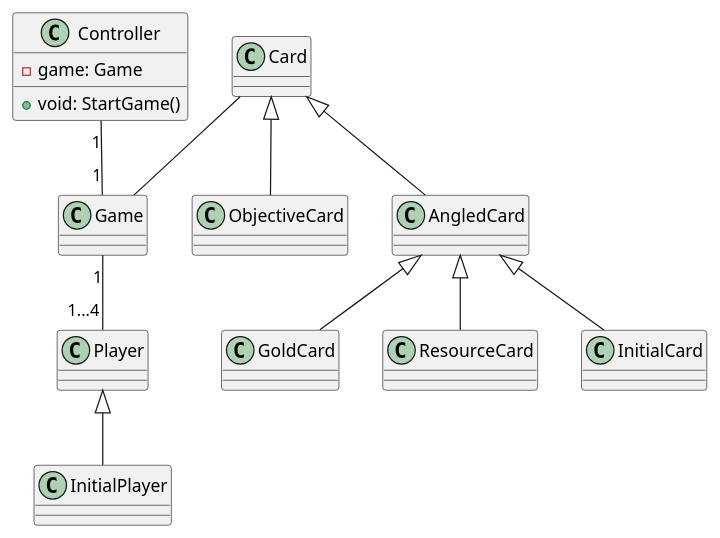
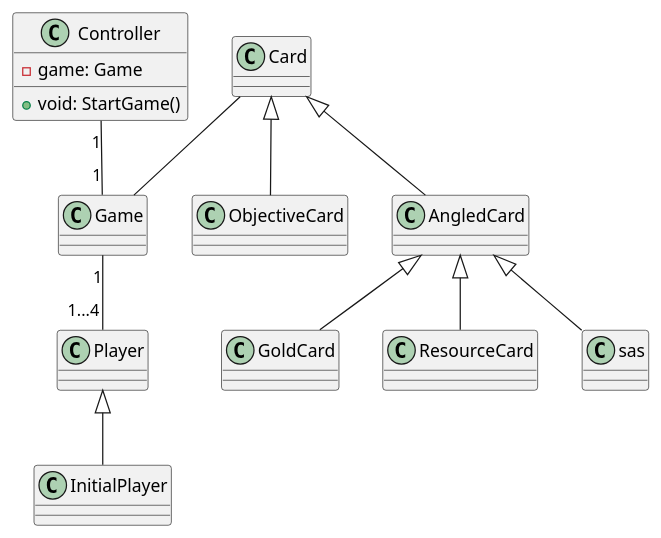
One commit to LucaPozzato/ing-sw-2024-pozzato-puccia-romano-saso changed the diagram in UML/uml.pu. Above: the diagram before and after it, drawn with PlantUML.

Commit message:
Fixed uml name

```diff
--- a/UML/uml.pu
+++ b/UML/uml.pu
@@ -1,47 +1,47 @@
 @startuml
 
 
 class Controller {
 
 'attributi
 - game: Game
 
 'metodi
 + void: StartGame()
 
 
 }
 
 class Game {
 
 }
 
 class Player {
 
 }
 class InitialPlayer extends Player {
 
 }
 
 class Card {
 
 }
 
 class ObjectiveCard extends Card {
 
 }
 
 class AngledCard extends Card {
 
 }
 
 class GoldCard extends AngledCard {}
 class ResourceCard extends AngledCard {}
-class InitialCard extends AngledCard {}
+class sas extends AngledCard {}
 
 Controller "1" -- "1" Game
 Game "1" -- "1...4" Player
 Card  --  Game
 
 
 @enduml
```
